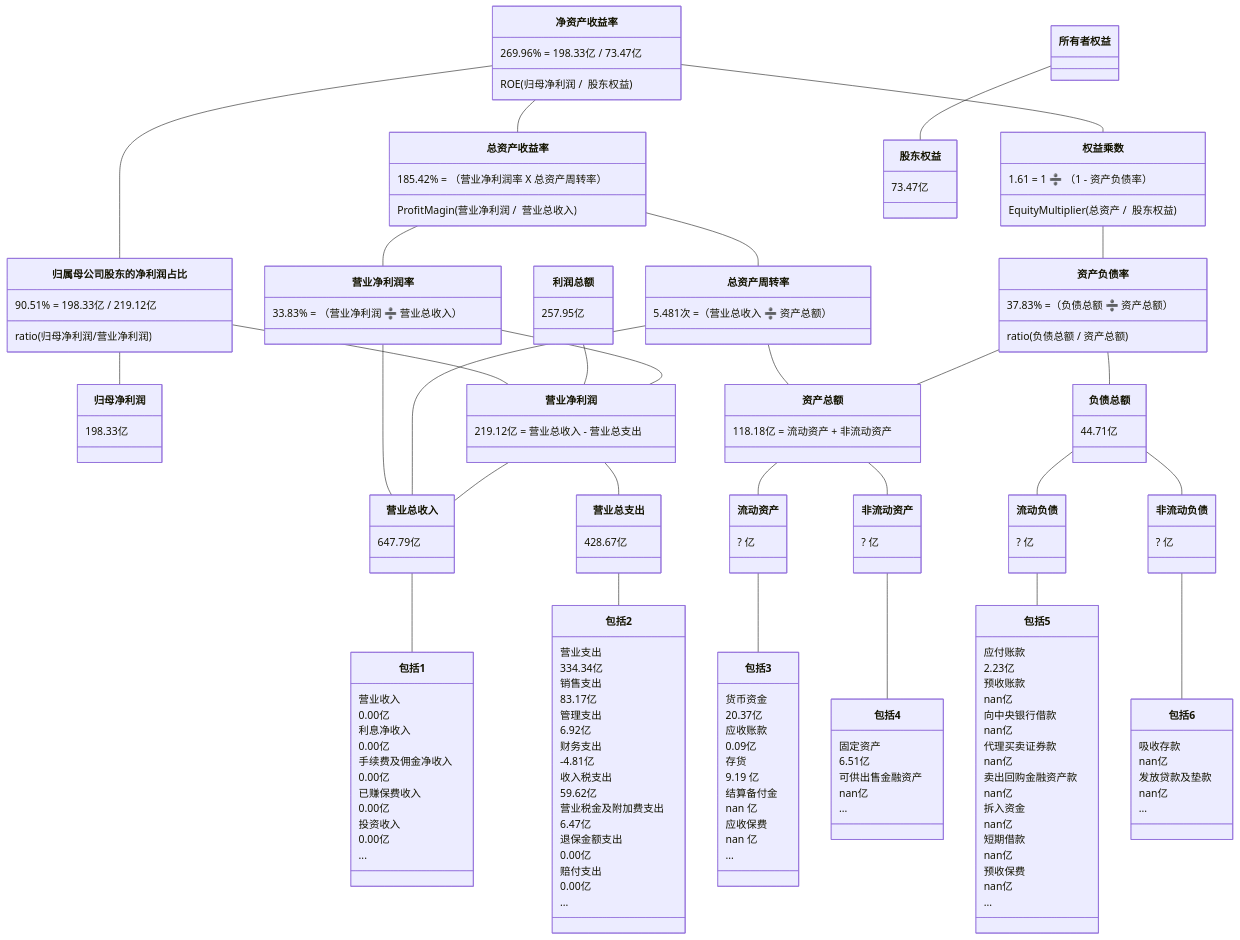
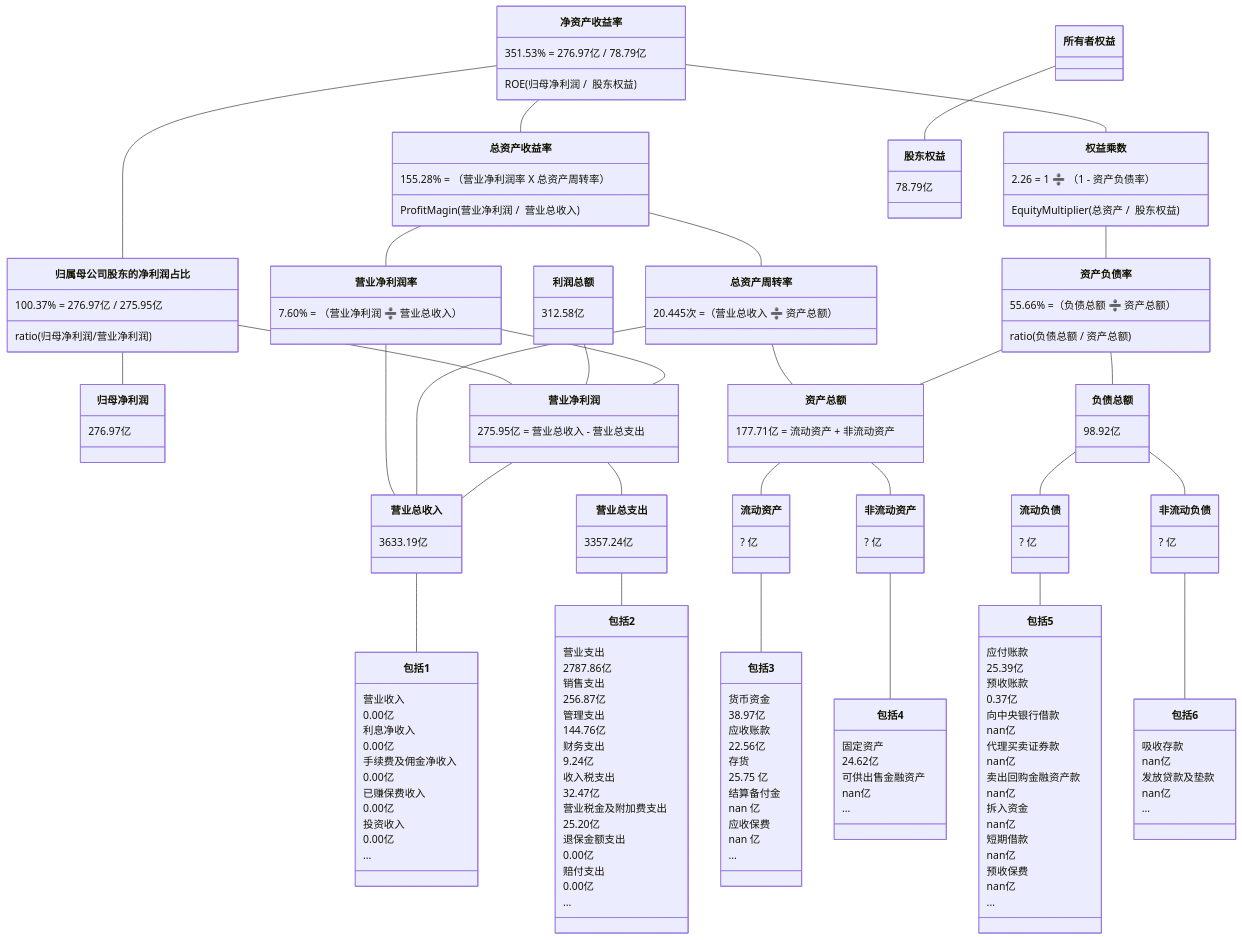
The fifth of 10 diagrams in 2/2.md (TheVeryDarkness/cs410), drawn with Mermaid before and after one commit. The commit also changed other lines of this file and 53 other files, not shown here.

````diff
--- a/2/2.md
+++ b/2/2.md
@@ -665,45 +725,45 @@
 ```mermaid
 classDiagram
 净资产收益率 -- 总资产收益率
-    净资产收益率 : 269.96% = 198.33亿 / 73.47亿
+    净资产收益率 : 351.53% = 276.97亿 / 78.79亿
     净资产收益率 : ROE(归母净利润 /  股东权益)
-    总资产收益率 : 185.42% = （营业净利润率 X 总资产周转率）
+    总资产收益率 : 155.28% = （营业净利润率 X 总资产周转率）
     总资产收益率 : ProfitMagin(营业净利润 /  营业总收入)
 净资产收益率 -- 归属母公司股东的净利润占比
-	  归属母公司股东的净利润占比 : 90.51% = 198.33亿 / 219.12亿
+	  归属母公司股东的净利润占比 : 100.37% = 276.97亿 / 275.95亿
 	  归属母公司股东的净利润占比 : ratio(归母净利润/营业净利润)
 归属母公司股东的净利润占比 -- 归母净利润
-    归母净利润 : 198.33亿
+    归母净利润 : 276.97亿
 归属母公司股东的净利润占比 -- 营业净利润
-利润总额 : 257.95亿
+利润总额 : 312.58亿
 利润总额 -- 营业净利润
 净资产收益率 -- 权益乘数
-    权益乘数 : 1.61 = 1 ➗ （1 - 资产负债率）
+    权益乘数 : 2.26 = 1 ➗ （1 - 资产负债率）
     权益乘数 : EquityMultiplier(总资产 /  股东权益)
 
 总资产收益率 -- 营业净利润率
-    营业净利润率 : 33.83% = （营业净利润 ➗ 营业总收入）
+    营业净利润率 : 7.60% = （营业净利润 ➗ 营业总收入）
 总资产收益率 -- 总资产周转率
-    总资产周转率 : 5.481次 =（营业总收入 ➗ 资产总额）
+    总资产周转率 : 20.445次 =（营业总收入 ➗ 资产总额）
 权益乘数 -- 资产负债率
-    资产负债率  : 37.83% =（负债总额 ➗ 资产总额）
+    资产负债率  : 55.66% =（负债总额 ➗ 资产总额）
     资产负债率  : ratio(负债总额 / 资产总额)
 
 营业净利润率 -- 营业净利润
-    营业净利润 : 219.12亿 = 营业总收入 - 营业总支出
+    营业净利润 : 275.95亿 = 营业总收入 - 营业总支出
 营业净利润率 -- 营业总收入
 总资产周转率 -- 营业总收入
 总资产周转率 -- 资产总额
-    资产总额 : 118.18亿 = 流动资产 + 非流动资产
+    资产总额 : 177.71亿 = 流动资产 + 非流动资产
 资产负债率 -- 负债总额
-    负债总额 : 44.71亿
+    负债总额 : 98.92亿
 资产负债率 -- 资产总额
 
 
 营业净利润 -- 营业总收入
-    营业总收入 : 647.79亿
+    营业总收入 : 3633.19亿
 营业净利润 -- 营业总支出
-    营业总支出 : 428.67亿
+    营业总支出 : 3357.24亿
 资产总额 -- 流动资产
 	  流动资产 : ? 亿
 资产总额 -- 非流动资产
@@ -727,17 +787,17 @@
     包括1 : ...
 营业总支出 -- 包括2
     包括2 : 营业支出
-    包括2 : 334.34亿
+    包括2 : 2787.86亿
     包括2 : 销售支出
-    包括2 : 83.17亿
+    包括2 : 256.87亿
     包括2 : 管理支出
-    包括2 : 6.92亿
+    包括2 : 144.76亿
     包括2 : 财务支出
-    包括2 : -4.81亿
+    包括2 : 9.24亿
     包括2 : 收入税支出
-    包括2 : 59.62亿
+    包括2 : 32.47亿
     包括2 : 营业税金及附加费支出
-    包括2 : 6.47亿
+    包括2 : 25.20亿
     包括2 : 退保金额支出
     包括2 : 0.00亿
     包括2 : 赔付支出
@@ -745,11 +805,11 @@
     包括2 : ...
 流动资产 -- 包括3
     包括3 : 货币资金
-    包括3 : 20.37亿
+    包括3 : 38.97亿
     包括3 : 应收账款
-    包括3 : 0.09亿
+    包括3 : 22.56亿
     包括3 : 存货
-    包括3 : 9.19 亿
+    包括3 : 25.75 亿
     包括3 : 结算备付金
     包括3 : nan 亿
     包括3 : 应收保费
@@ -757,15 +817,15 @@
     包括3 : ...
 非流动资产 -- 包括4
     包括4 : 固定资产
-    包括4 : 6.51亿
+    包括4 : 24.62亿
     包括4 : 可供出售金融资产
     包括4 : nan亿
     包括4 : ...
 流动负债 -- 包括5
     包括5 : 应付账款
-    包括5 : 2.23亿
+    包括5 : 25.39亿
     包括5 : 预收账款
-    包括5 : nan亿
+    包括5 : 0.37亿
     包括5 : 向中央银行借款
     包括5 : nan亿
     包括5 : 代理买卖证券款
@@ -786,5 +846,5 @@
     包括6 : nan亿
     包括6 : ...
 所有者权益 -- 股东权益
-    股东权益 : 73.47亿
+    股东权益 : 78.79亿
 ```
````
